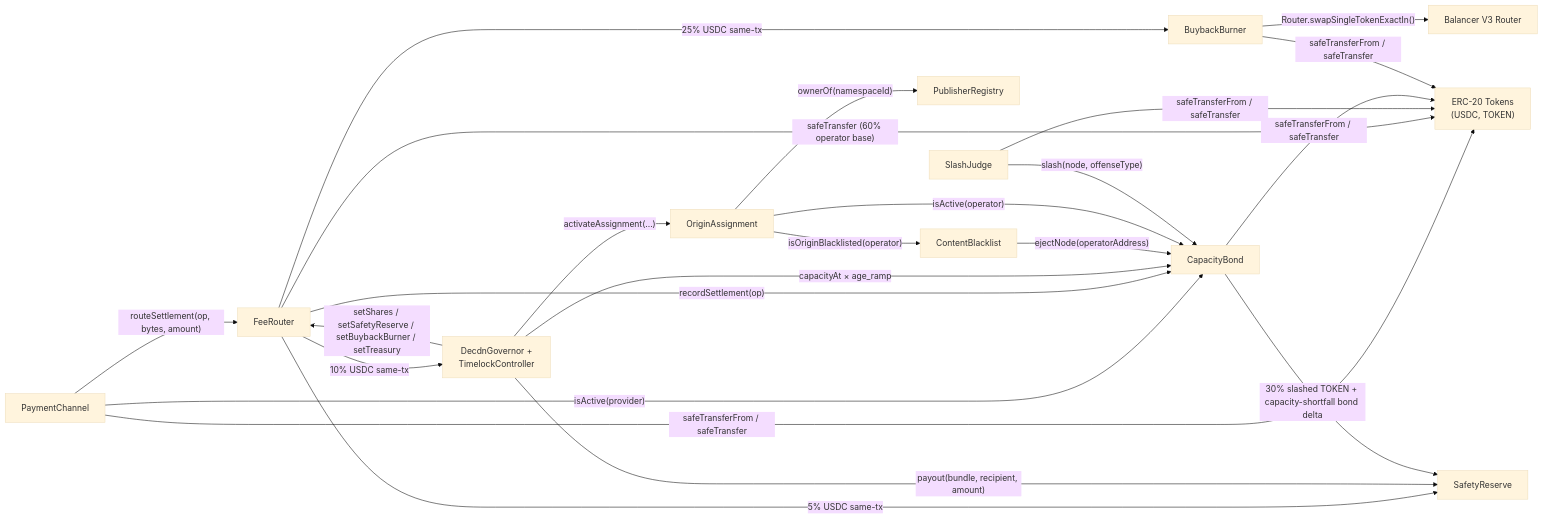
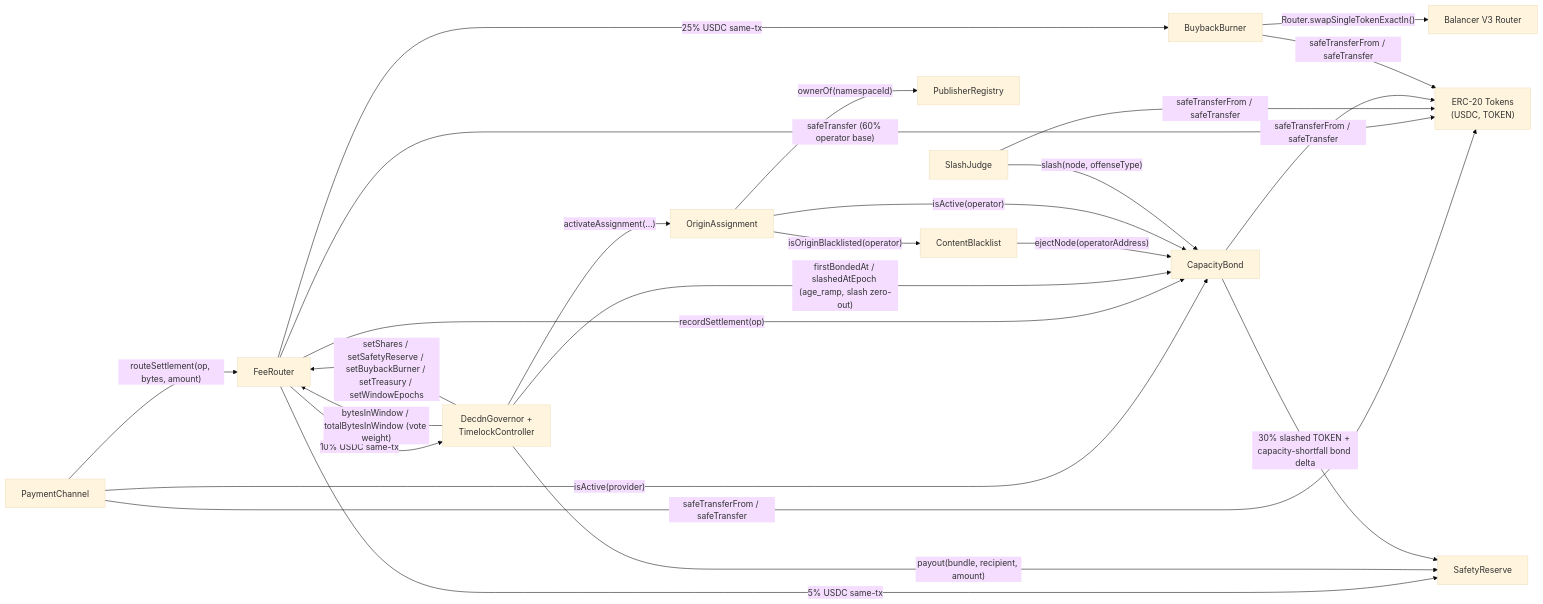
One commit to decdn/decdn changed the third of 5 diagrams in adr/016-contract-interactions.md. Above: the diagram before and after it, drawn with Mermaid (base theme). The commit also changed other lines of this file and 10 other files, not shown here.

First line of the commit message:
docs(adr): ADR 036 — served-bytes voting weight; amend 009/016/026

````diff
--- a/adr/016-contract-interactions.md
+++ b/adr/016-contract-interactions.md
@@ -392,38 +442,39 @@
 ```mermaid
 graph LR
     SPC["PaymentChannel"]
     CBOND["CapacityBond"]
     CB["ContentBlacklist"]
     PR["PublisherRegistry"]
     OA["OriginAssignment"]
     SJ["SlashJudge"]
     BB["BuybackBurner"]
     FR["FeeRouter"]
     SAFE["SafetyReserve"]
     GOV["DecdnGovernor +<br/>TimelockController"]
     ERC["ERC-20 Tokens<br/>(USDC, TOKEN)"]
     BAL["Balancer V3 Router"]
 
     SPC -->|"isActive(provider)"| CBOND
     SPC -->|"safeTransferFrom / safeTransfer"| ERC
     SPC -->|"routeSettlement(op, bytes, amount)"| FR
     FR -->|"recordSettlement(op)"| CBOND
     FR -->|"25% USDC same-tx"| BB
     FR -->|"10% USDC same-tx"| GOV
     FR -->|"5% USDC same-tx"| SAFE
     FR -->|"safeTransfer (60% operator base)"| ERC
-    GOV -->|"capacityAt × age_ramp"| CBOND
+    GOV -->|"bytesInWindow / totalBytesInWindow (vote weight)"| FR
+    GOV -->|"firstBondedAt / slashedAtEpoch (age_ramp, slash zero-out)"| CBOND
     GOV -->|"payout(bundle, recipient, amount)"| SAFE
-    GOV -->|"setShares / setSafetyReserve / setBuybackBurner / setTreasury"| FR
+    GOV -->|"setShares / setSafetyReserve / setBuybackBurner / setTreasury / setWindowEpochs"| FR
     CB -->|"ejectNode(operatorAddress)"| CBOND
     OA -->|"isActive(operator)"| CBOND
     OA -->|"ownerOf(namespaceId)"| PR
     OA -->|"isOriginBlacklisted(operator)"| CB
     GOV -->|"activateAssignment(...)"| OA
     SJ -->|"slash(node, offenseType)"| CBOND
     SJ -->|"safeTransferFrom / safeTransfer"| ERC
     CBOND -->|"safeTransferFrom / safeTransfer"| ERC
     CBOND -->|"30% slashed TOKEN + capacity-shortfall bond delta"| SAFE
     BB -->|"Router.swapSingleTokenExactIn()"| BAL
     BB -->|"safeTransferFrom / safeTransfer"| ERC
 ```
````
